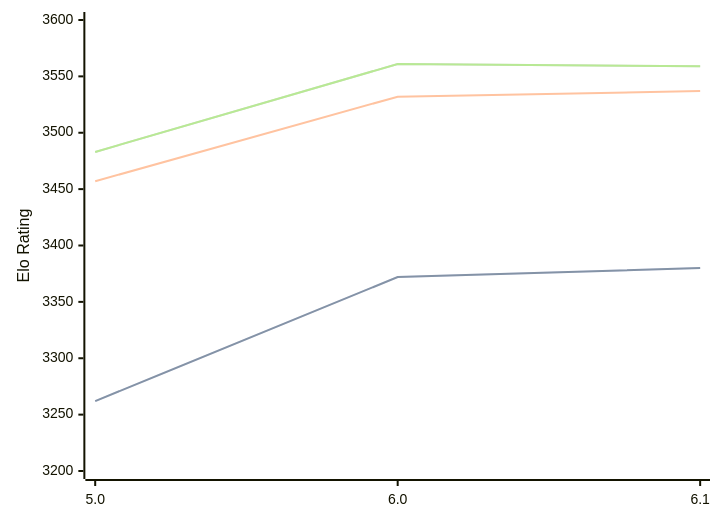
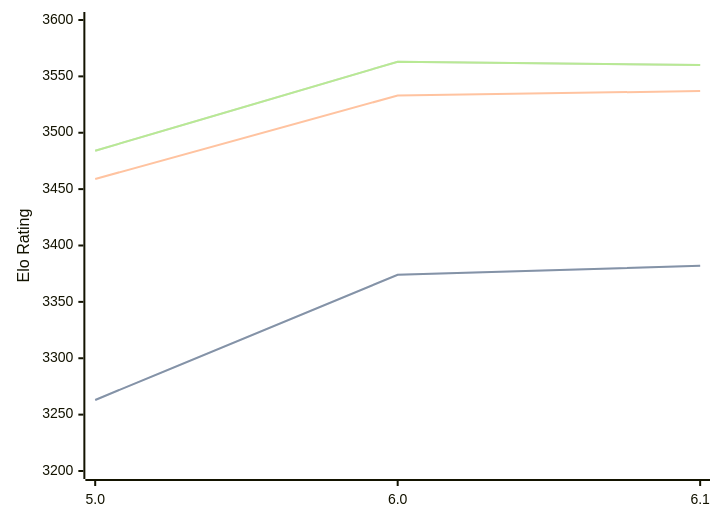
One commit to computer-chess-index/cci changed the diagram in engines/Starzix.md. Above: the diagram before and after it, drawn with Mermaid. The commit also changed other lines of this file, not shown here.

Commit message:
Update CCI Ratings (ELO VLTC) - 2026-05-16

````diff
--- a/engines/Starzix.md
+++ b/engines/Starzix.md
@@ -37,11 +37,11 @@
 ```mermaid
 %%{init: {"theme":"base","themeVariables":{"seriesColors:['#a3a3a3','#222221','#faa371']}}}%%
 xychart-beta
   x-axis ["5.0", "6.0", "6.1"]
   y-axis "Elo Rating" 3200 --> 3600
-  line "STC (8.0+0.08s)" [3262, 3372, 3380]
-  line "STC (8.0+0.08s)" [3262, 3372, 3380]
-  line "LTC (60.0+0.60s)" [3457, 3532, 3537]
-  line "VLTC (2m24s+1.12s)" [3483, 3561, 3559]
-  line "VLTC (2m24s+1.12s)" [3483, 3561, 3559]
+  line "STC (8.0+0.08s)" [3263, 3374, 3382]
+  line "STC (8.0+0.08s)" [3263, 3374, 3382]
+  line "LTC (60.0+0.60s)" [3459, 3533, 3537]
+  line "VLTC (2m24s+1.12s)" [3484, 3563, 3560]
+  line "VLTC (2m24s+1.12s)" [3484, 3563, 3560]
 ```
````
